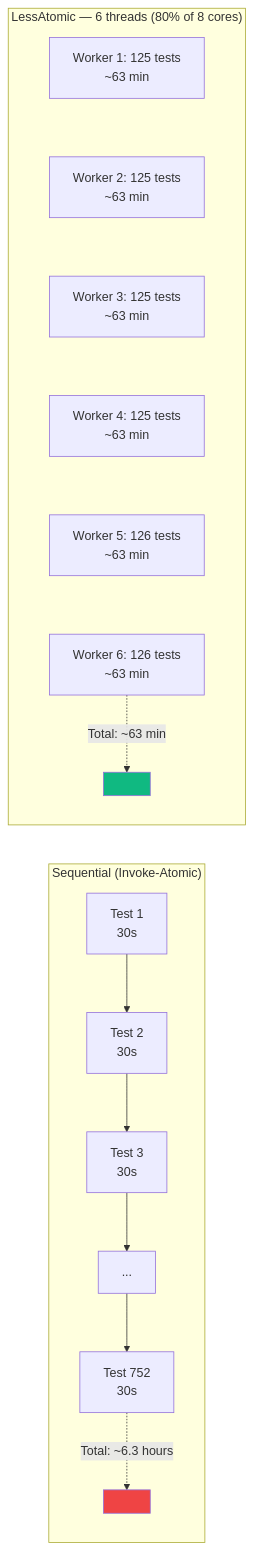
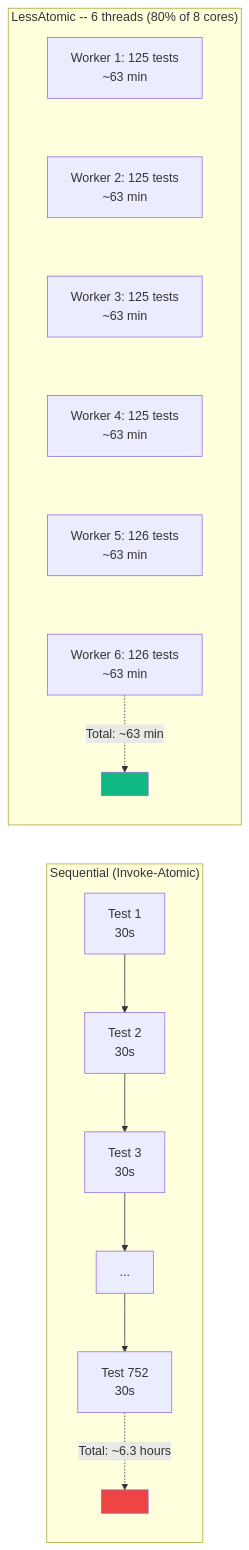
One commit to LongHorizons/WindOH changed the first of 8 diagrams in LessAtomic/README.md. Above: the diagram before and after it, drawn with Mermaid. The commit also changed other lines of this file and 2 other files, not shown here.

First line of the commit message:
Clean LessAtomic docs: remove emojis and em-dashes, drop build-from-source, fix binary name

````diff
--- a/LessAtomic/README.md
+++ b/LessAtomic/README.md
@@ -152,21 +151,21 @@
 ```mermaid
 graph LR
     subgraph "Sequential (Invoke-Atomic)"
         S1["Test 1<br/>30s"] --> S2["Test 2<br/>30s"] --> S3["Test 3<br/>30s"] --> DOTS1["..."] --> S752["Test 752<br/>30s"]
         S752 -.->|"Total: ~6.3 hours"| SEQ[ ]
     end
 
-    subgraph "LessAtomic — 6 threads (80% of 8 cores)"
+    subgraph "LessAtomic -- 6 threads (80% of 8 cores)"
         W1["Worker 1: 125 tests<br/>~63 min"]
         W2["Worker 2: 125 tests<br/>~63 min"]
         W3["Worker 3: 125 tests<br/>~63 min"]
         W4["Worker 4: 125 tests<br/>~63 min"]
         W5["Worker 5: 126 tests<br/>~63 min"]
         W6["Worker 6: 126 tests<br/>~63 min"]
         W1 ~~~ W2 ~~~ W3 ~~~ W4 ~~~ W5 ~~~ W6
         W6 -.->|"Total: ~63 min"| PAR[ ]
     end
 
     style SEQ fill:#ef4444,color:#fff
     style PAR fill:#10b981,color:#fff
 ```
````
